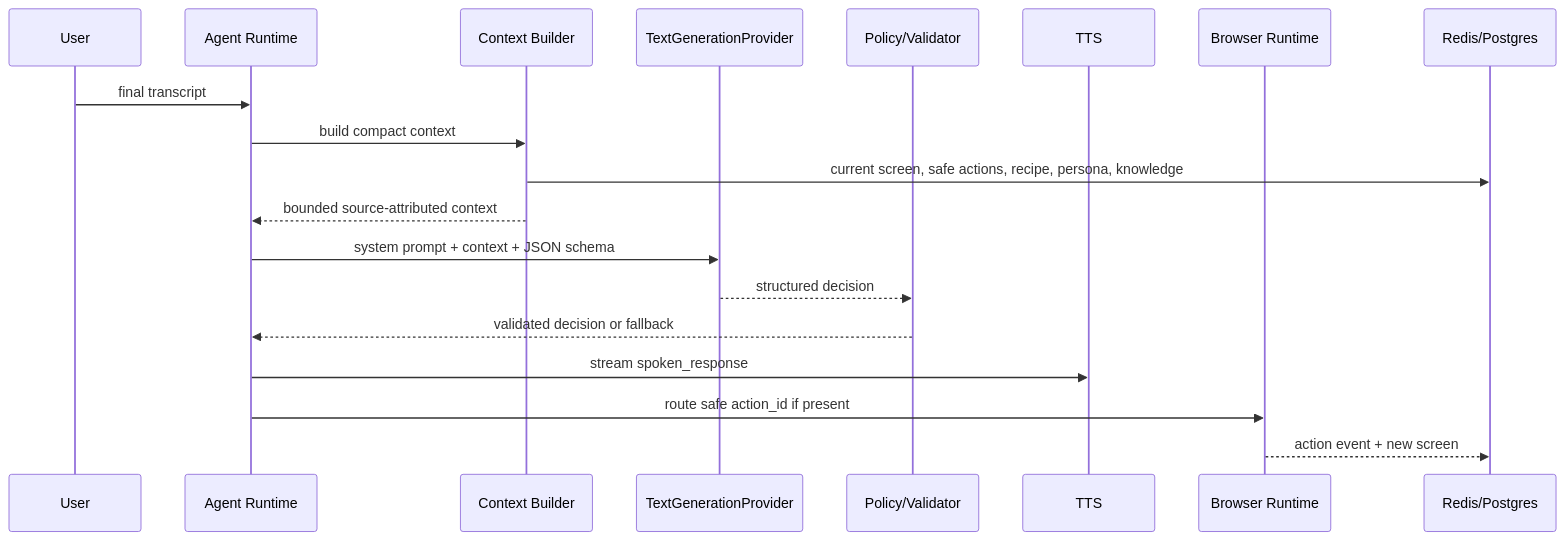
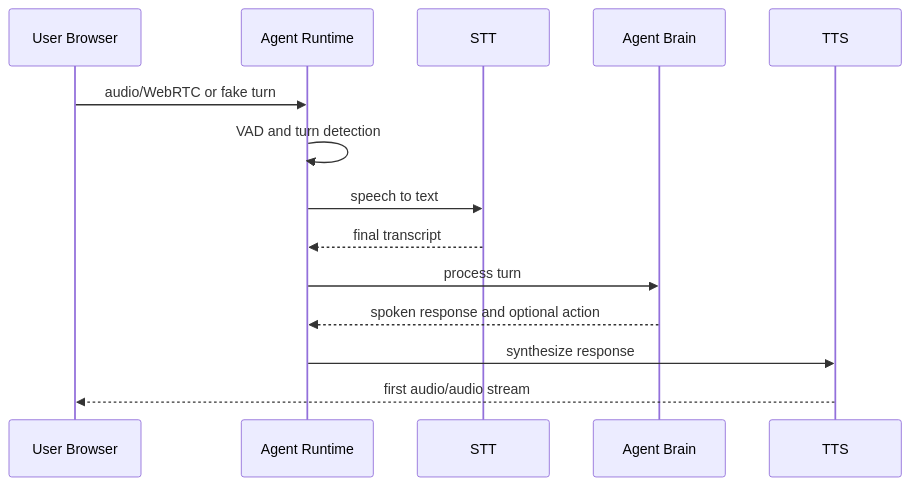
One commit to roshaninfordham/personalised-demo-ai-agent changed the sixth of 9 diagrams in docs/architecture/system-design.md. Above: the diagram before and after it, drawn with Mermaid. The commit also changed other lines of this file and 61 other files, not shown here.

````diff
--- a/docs/architecture/system-design.md
+++ b/docs/architecture/system-design.md
@@ -149,22 +202,17 @@
 ```mermaid
 sequenceDiagram
-    participant User
+    participant Browser as User Browser
     participant Agent as Agent Runtime
-    participant Context as Context Builder
-    participant LLM as TextGenerationProvider
-    participant Policy as Policy/Validator
+    participant STT
+    participant Brain as Agent Brain
     participant TTS
-    participant Browser as Browser Runtime
-    participant Store as Redis/Postgres
 
-    User->>Agent: final transcript
-    Agent->>Context: build compact context
-    Context->>Store: current screen, safe actions, recipe, persona, knowledge
-    Context-->>Agent: bounded source-attributed context
-    Agent->>LLM: system prompt + context + JSON schema
-    LLM-->>Policy: structured decision
-    Policy-->>Agent: validated decision or fallback
-    Agent->>TTS: stream spoken_response
-    Agent->>Browser: route safe action_id if present
-    Browser-->>Store: action event + new screen
+    Browser->>Agent: audio/WebRTC or fake turn
+    Agent->>Agent: VAD and turn detection
+    Agent->>STT: speech to text
+    STT-->>Agent: final transcript
+    Agent->>Brain: process turn
+    Brain-->>Agent: spoken response and optional action
+    Agent->>TTS: synthesize response
+    TTS-->>Browser: first audio/audio stream
 ```
````
